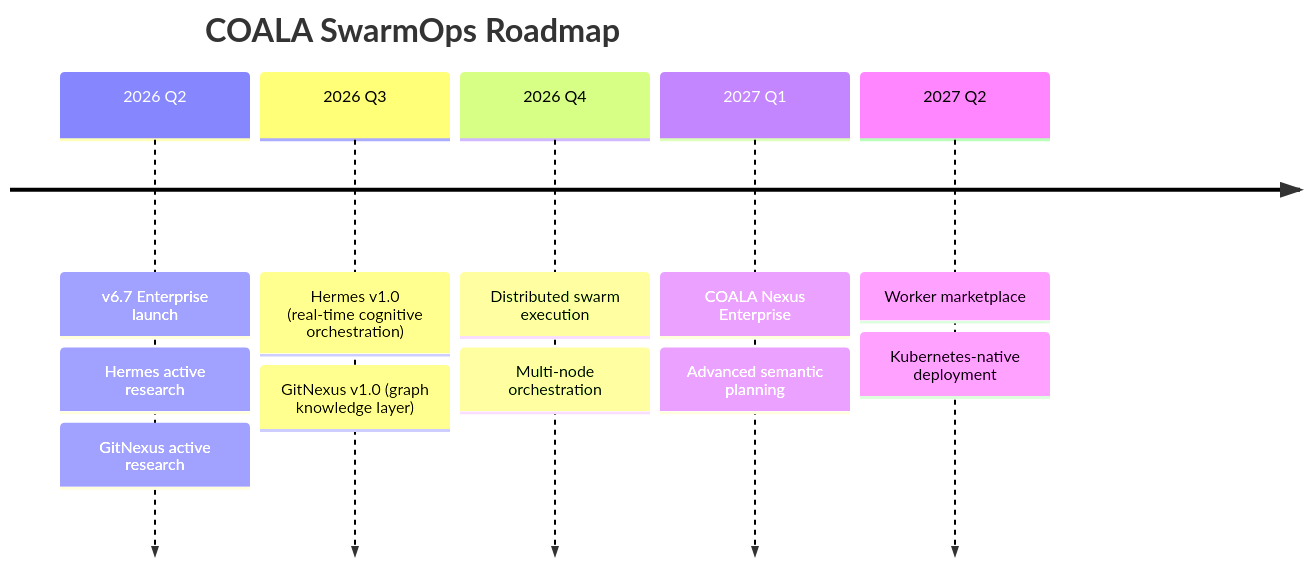
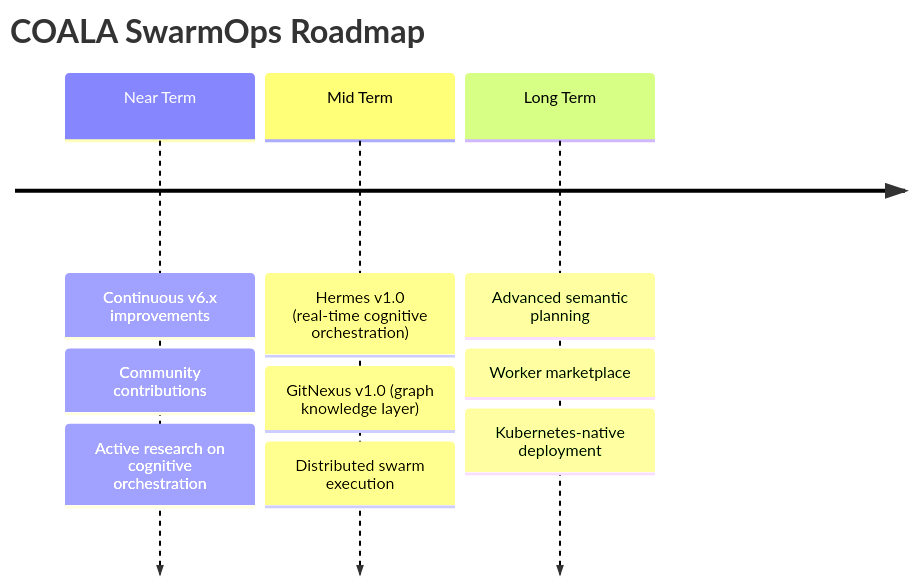
One commit to Aquilesnake/COALA-SwarmOps changed the fifth of 6 diagrams in README.md. Above: the diagram before and after it, drawn with Mermaid. The commit also changed other lines of this file and 6 other files, not shown here.

````diff
--- a/README.md
+++ b/README.md
@@ -386,15 +382,13 @@
 ```mermaid
 timeline
     title COALA SwarmOps Roadmap
-    2026 Q2 : v6.7 Enterprise launch
-              : Hermes active research
-              : GitNexus active research
-    2026 Q3 : Hermes v1.0 (real-time cognitive orchestration)
-              : GitNexus v1.0 (graph knowledge layer)
-    2026 Q4 : Distributed swarm execution
-              : Multi-node orchestration
-    2027 Q1 : COALA Nexus Enterprise
-              : Advanced semantic planning
-    2027 Q2 : Worker marketplace
-              : Kubernetes-native deployment
+    Near Term : Continuous v6.x improvements
+                : Community contributions
+                : Active research on cognitive orchestration
+    Mid Term  : Hermes v1.0 (real-time cognitive orchestration)
+                : GitNexus v1.0 (graph knowledge layer)
+                : Distributed swarm execution
+    Long Term : Advanced semantic planning
+                : Worker marketplace
+                : Kubernetes-native deployment
 ```
````
